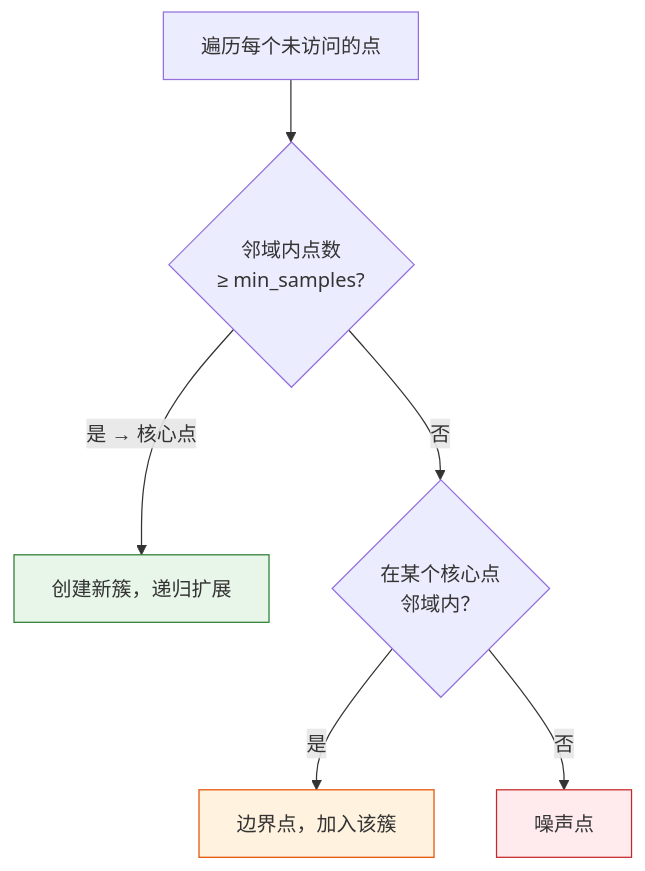
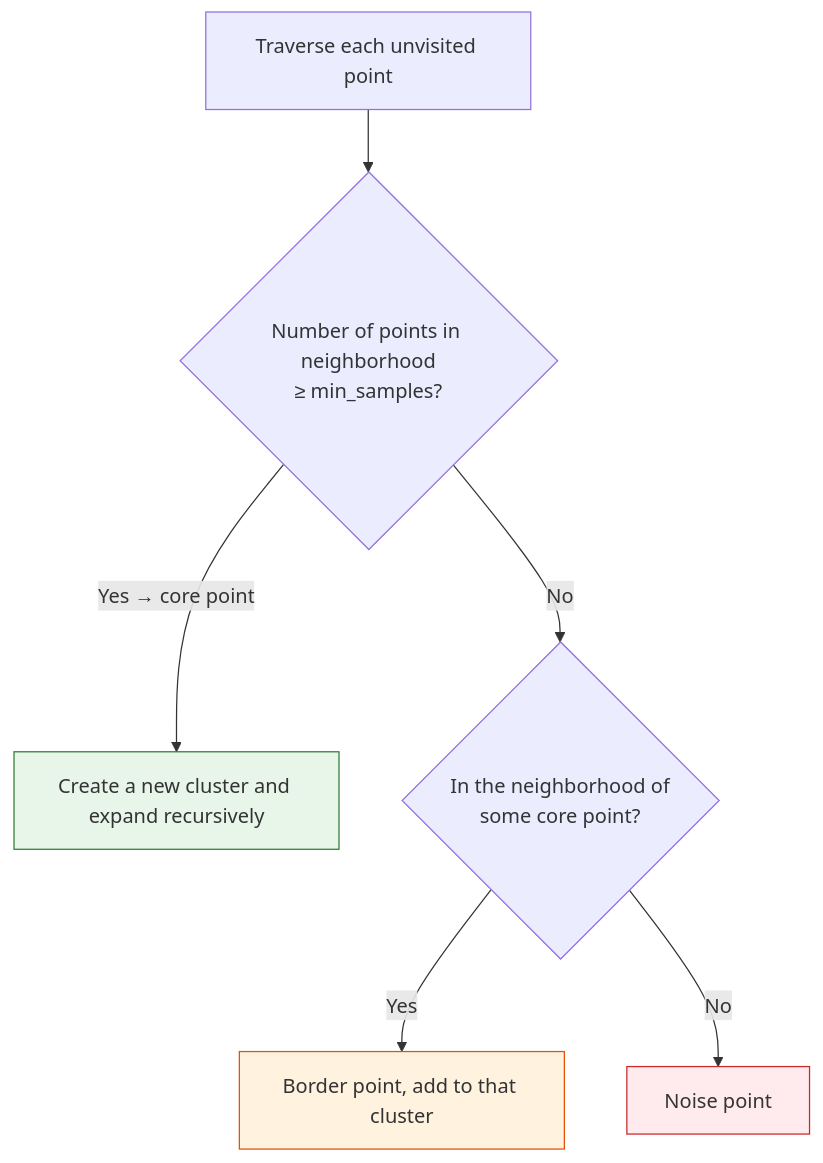
Before and after one commit to oudbiao/AI-fullstack-course: the third of 3 diagrams in docs/ch05-machine-learning/ch03-unsupervised/01-clustering.md, drawn with Mermaid. The commit also changed other lines of this file and 1406 other files, not shown here.

````diff
--- a/docs/ch05-machine-learning/ch03-unsupervised/01-clustering.md
+++ b/docs/ch05-machine-learning/ch03-unsupervised/01-clustering.md
@@ -512,12 +511,12 @@
 ```mermaid
 flowchart TD
-    A["遍历每个未访问的点"] --> B{"邻域内点数<br/>≥ min_samples?"}
-    B -->|"是 → 核心点"| C["创建新簇，递归扩展"]
-    B -->|"否"| D{"在某个核心点<br/>邻域内？"}
-    D -->|"是"| E["边界点，加入该簇"]
-    D -->|"否"| F["噪声点"]
+    A["Traverse each unvisited point"] --> B{"Number of points in neighborhood<br/>≥ min_samples?"}
+    B -->|"Yes → core point"| C["Create a new cluster and expand recursively"]
+    B -->|"No"| D{"In the neighborhood of<br/>some core point?"}
+    D -->|"Yes"| E["Border point, add to that cluster"]
+    D -->|"No"| F["Noise point"]
 
     style C fill:#e8f5e9,stroke:#2e7d32,color:#333
     style E fill:#fff3e0,stroke:#e65100,color:#333
     style F fill:#ffebee,stroke:#c62828,color:#333
 ```
````
